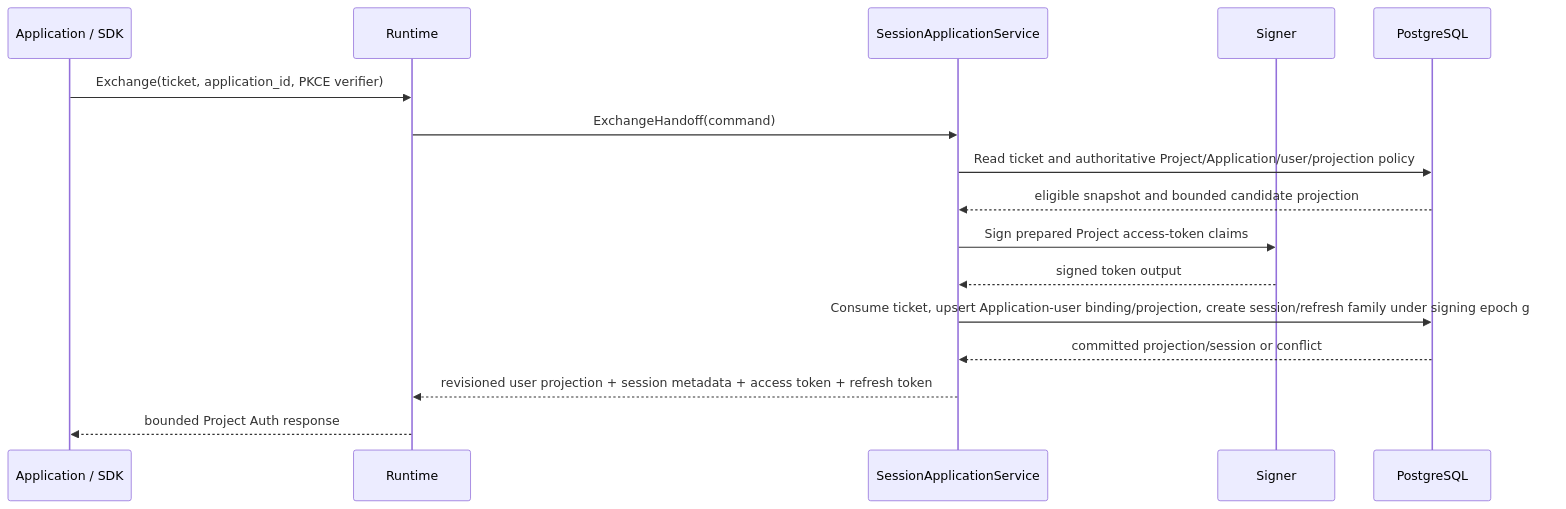
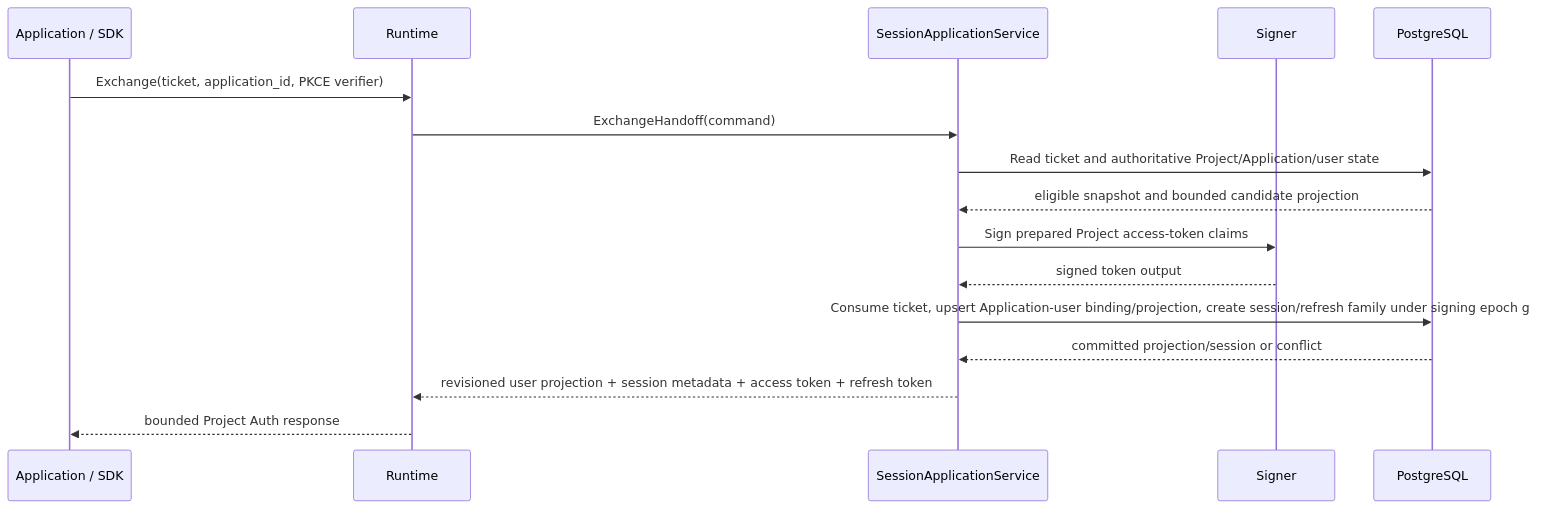
Before and after one commit to owlfoundry/owlauth: the second of 3 diagrams in spec/03-project-auth-flows-and-security-invariants.md, drawn with Mermaid. The commit also changed other lines of this file and 158 other files, not shown here.

````diff
--- a/spec/03-project-auth-flows-and-security-invariants.md
+++ b/spec/03-project-auth-flows-and-security-invariants.md
@@ -156,19 +156,19 @@
 ```mermaid
 sequenceDiagram
     participant App as Application / SDK
     participant Runtime
     participant Core as SessionApplicationService
     participant Signer
     participant PG as PostgreSQL
 
     App->>Runtime: Exchange(ticket, application_id, PKCE verifier)
     Runtime->>Core: ExchangeHandoff(command)
-    Core->>PG: Read ticket and authoritative Project/Application/user/projection policy
+    Core->>PG: Read ticket and authoritative Project/Application/user state
     PG-->>Core: eligible snapshot and bounded candidate projection
     Core->>Signer: Sign prepared Project access-token claims
     Signer-->>Core: signed token output
     Core->>PG: Consume ticket, upsert Application-user binding/projection, create session/refresh family under signing epoch guard
     PG-->>Core: committed projection/session or conflict
     Core-->>Runtime: revisioned user projection + session metadata + access token + refresh token
     Runtime-->>App: bounded Project Auth response
 ```
````
